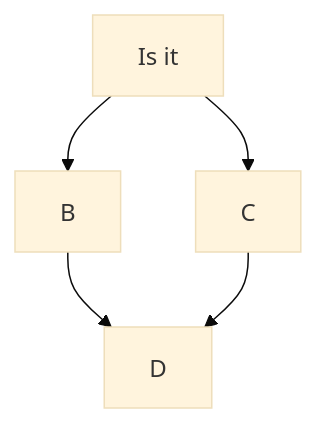
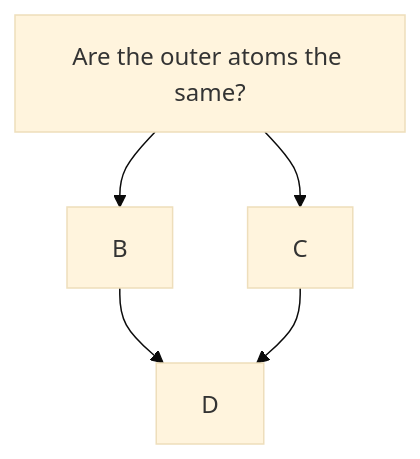
The diagram in Electronegativity.md (zadeviggers/notes), drawn with Mermaid (base theme) before and after one commit.

Commit message:
auto notes sync @ 2022-03-21 20:43:59

````diff
--- a/Electronegativity.md
+++ b/Electronegativity.md
@@ -3,7 +3,7 @@
 ```mermaid
 graph TD;  
-	A[Is it]-->B;
+	A[Are the outer atoms the same?]-->B;
 	A-->C;
 	B-->D;
 	C-->D;
 ```
````
